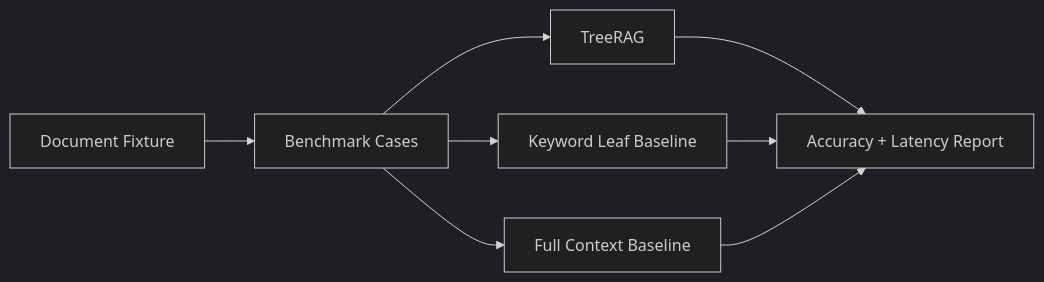
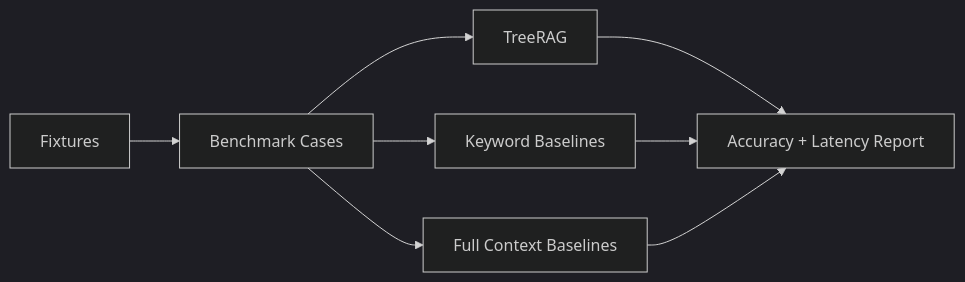
The first of 2 diagrams in docs/validation-roadmap.md (shrijacked/TreeRAG), drawn with Mermaid (dark theme) before and after one commit. The commit also changed other lines of this file and 2 other files, not shown here.

````diff
--- a/docs/validation-roadmap.md
+++ b/docs/validation-roadmap.md
@@ -7,10 +7,10 @@
 ```mermaid
 flowchart LR
-    A["Document Fixture"] --> B["Benchmark Cases"]
+    A["Fixtures"] --> B["Benchmark Cases"]
     B --> C["TreeRAG"]
-    B --> D["Keyword Leaf Baseline"]
-    B --> E["Full Context Baseline"]
+    B --> D["Keyword Baselines"]
+    B --> E["Full Context Baselines"]
     C --> F["Accuracy + Latency Report"]
     D --> F
     E --> F
 ```
````
